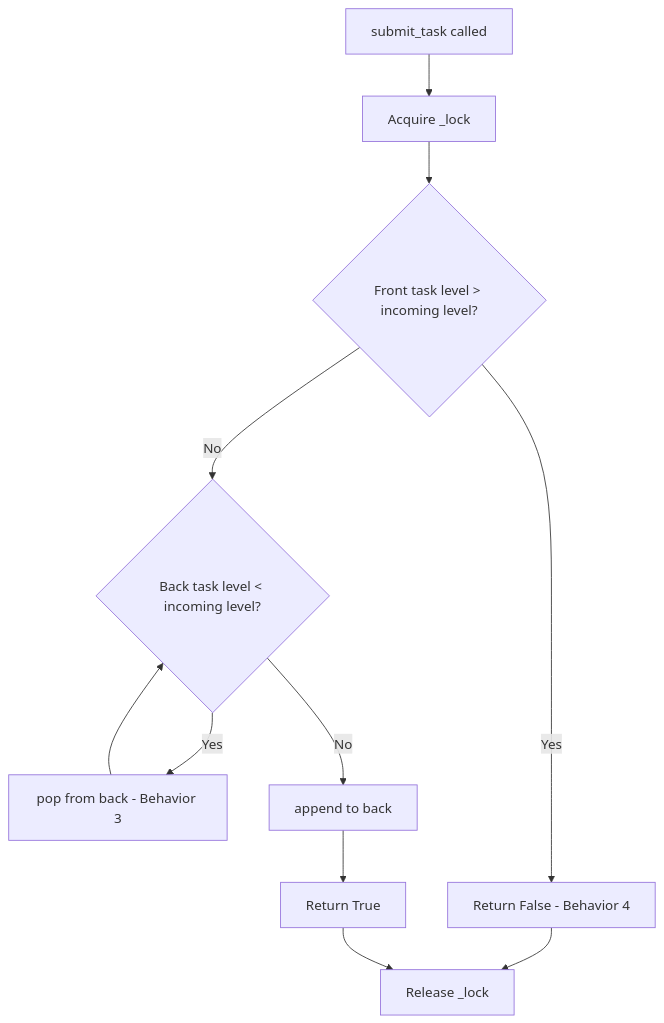
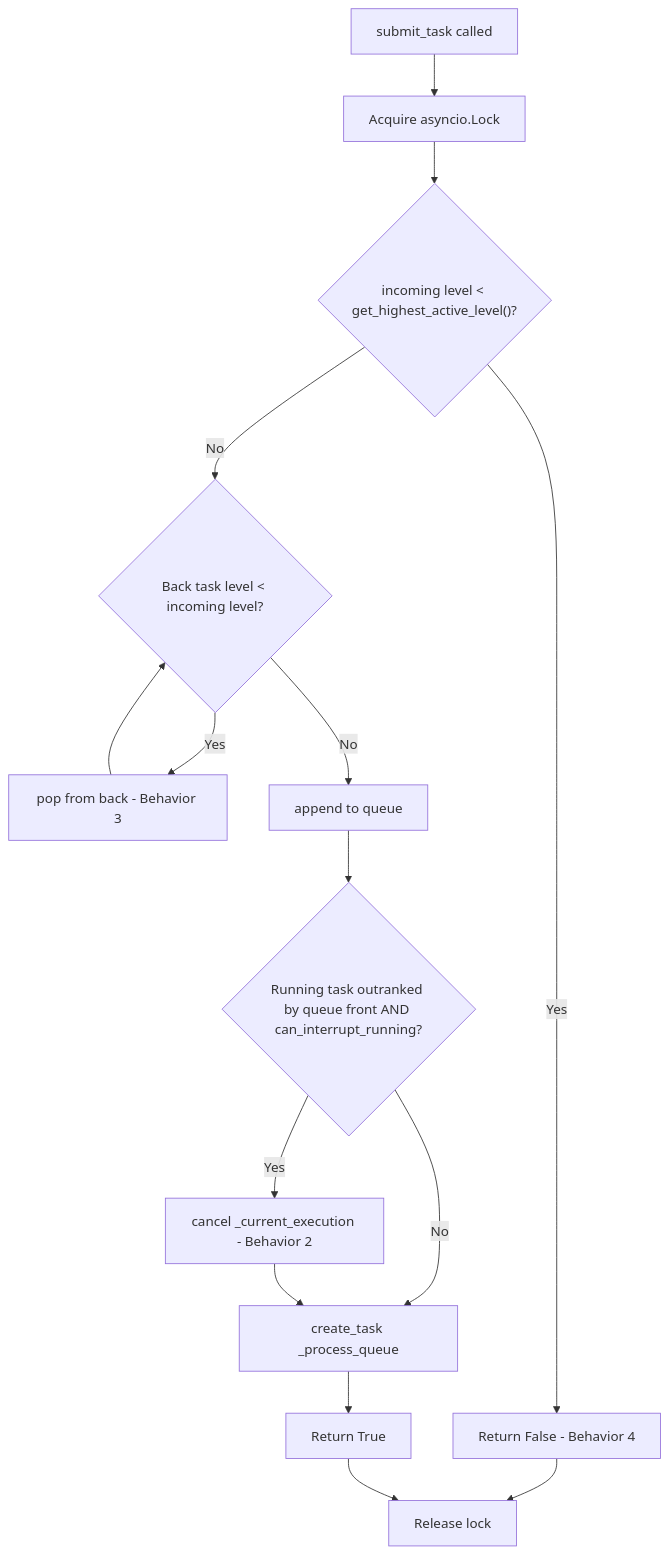
One commit to scoville/test_filter_queue changed the third of 8 diagrams in .cursor/plans/system_architecture_workflow_b2d79ca7.plan.md. Above: the diagram before and after it, drawn with Mermaid. The commit also changed other lines of this file and 1 other file, not shown here.

Commit message:
update system architecture

````diff
--- a/.cursor/plans/system_architecture_workflow_b2d79ca7.plan.md
+++ b/.cursor/plans/system_architecture_workflow_b2d79ca7.plan.md
@@ -95,13 +96,17 @@
 ```mermaid
 flowchart TD
-    Start[submit_task called] --> Lock[Acquire _lock]
-    Lock --> CheckFront{Front task level > incoming level?}
-    CheckFront -->|Yes| Reject[Return False - Behavior 4]
-    CheckFront -->|No| EvictLoop{Back task level < incoming level?}
+    Start[submit_task called] --> Lock[Acquire asyncio.Lock]
+    Lock --> CheckActive{"incoming level < get_highest_active_level()?"}
+    CheckActive -->|Yes| Reject["Return False - Behavior 4"]
+    CheckActive -->|No| EvictLoop{Back task level < incoming level?}
     EvictLoop -->|Yes| PopBack[pop from back - Behavior 3]
     PopBack --> EvictLoop
-    EvictLoop -->|No| Append[append to back]
-    Append --> Accept[Return True]
-    Reject --> Unlock[Release _lock]
+    EvictLoop -->|No| Append[append to queue]
+    Append --> PreemptCheck{Running task outranked by queue front AND can_interrupt_running?}
+    PreemptCheck -->|Yes| Cancel[cancel _current_execution - Behavior 2]
+    PreemptCheck -->|No| Trigger
+    Cancel --> Trigger[create_task _process_queue]
+    Trigger --> Accept[Return True]
+    Reject --> Unlock[Release lock]
     Accept --> Unlock
 ```
````
